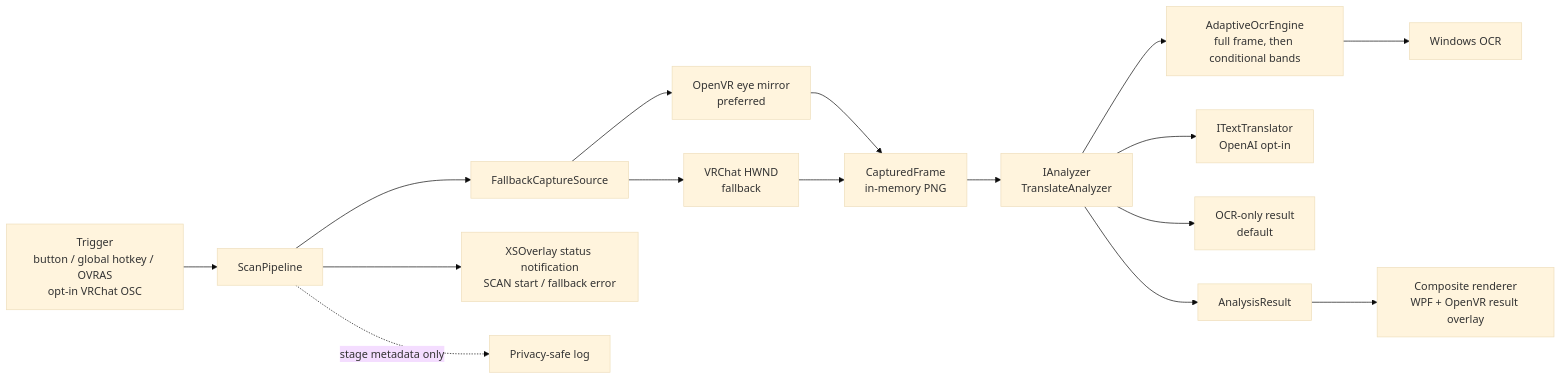
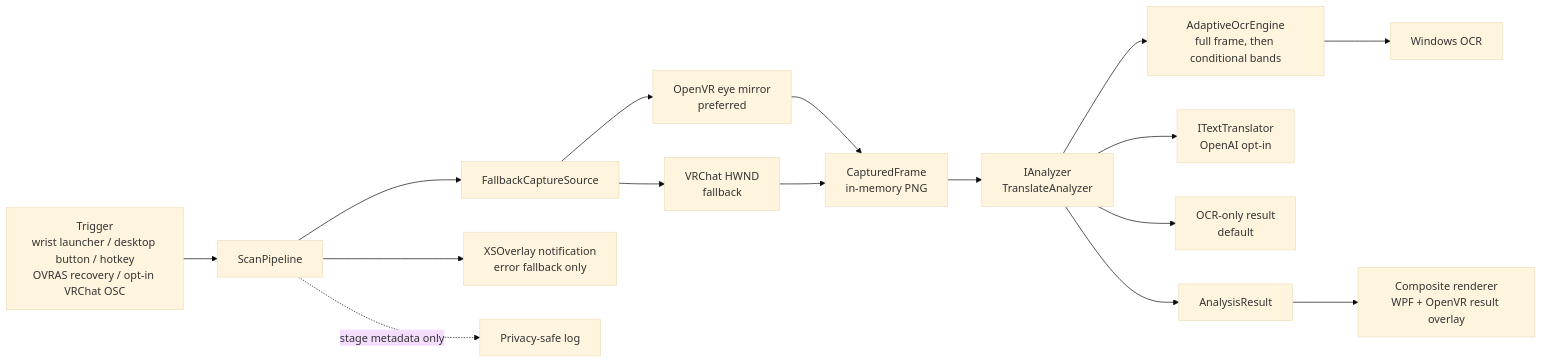
One commit to Na2ki-BB/vrchat-visual-assistant changed the diagram in DESIGN.md. Above: the diagram before and after it, drawn with Mermaid (base theme). The commit also changed other lines of this file and 5 other files, not shown here.

````diff
--- a/DESIGN.md
+++ b/DESIGN.md
@@ -212,18 +210,18 @@
 ```mermaid
 flowchart LR
-    T[Trigger<br/>button / global hotkey / OVRAS<br/>opt-in VRChat OSC] --> P[ScanPipeline]
+    T[Trigger<br/>wrist launcher / desktop button / hotkey<br/>OVRAS recovery / opt-in VRChat OSC] --> P[ScanPipeline]
     P --> C[FallbackCaptureSource]
     C --> E[OpenVR eye mirror<br/>preferred]
     C --> H[VRChat HWND<br/>fallback]
     E --> F[CapturedFrame<br/>in-memory PNG]
     H --> F
     F --> A[IAnalyzer<br/>TranslateAnalyzer]
     A --> O[AdaptiveOcrEngine<br/>full frame, then conditional bands]
     O --> W[Windows OCR]
     A --> X[ITextTranslator<br/>OpenAI opt-in]
     A --> N[OCR-only result<br/>default]
     A --> R[AnalysisResult]
     R --> V[Composite renderer<br/>WPF + OpenVR result overlay]
-    P --> S[XSOverlay status notification<br/>SCAN start / fallback error]
+    P --> S[XSOverlay notification<br/>error fallback only]
     P -. stage metadata only .-> L[Privacy-safe log]
 ```
````
